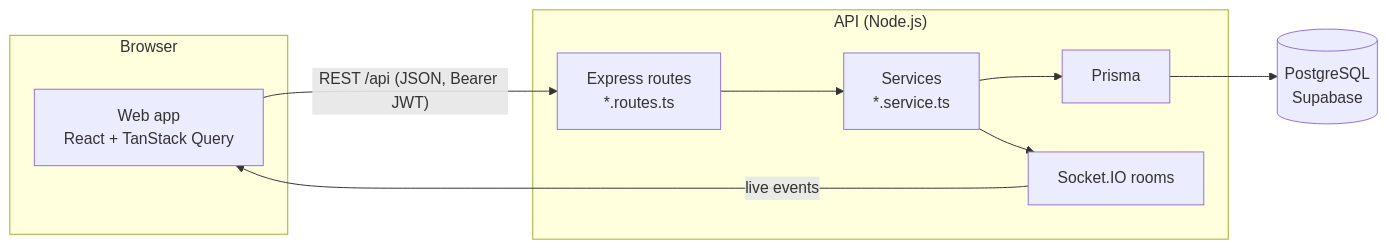
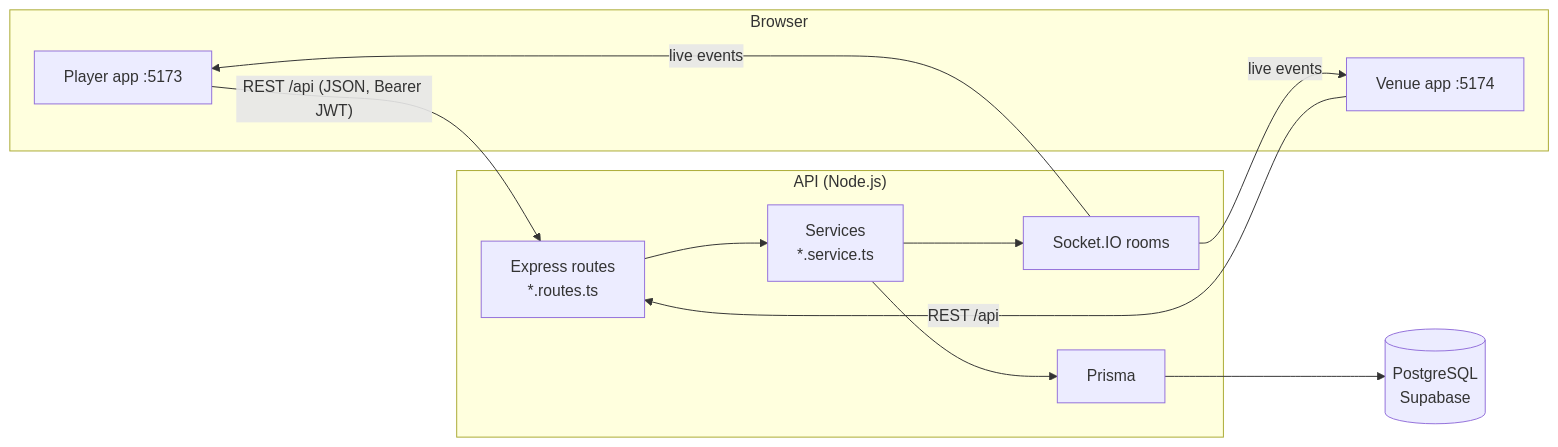
The diagram in docs/architecture.md (Dominic-Ronquillo/Pickl-App), drawn with Mermaid before and after one commit. The commit also changed other lines of this file and 12 other files, not shown here.

First line of the commit message:
docs: document the player and venue apps and shared packages

````diff
--- a/docs/architecture.md
+++ b/docs/architecture.md
@@ -5,15 +5,18 @@
 ```mermaid
 flowchart LR
   subgraph Browser
-    W["Web app<br/>React + TanStack Query"]
+    W["Player app :5173"]
+    V["Venue app :5174"]
   end
   subgraph Server["API (Node.js)"]
     R["Express routes<br/>*.routes.ts"] --> S["Services<br/>*.service.ts"]
     S --> P[Prisma]
     S --> RT["Socket.IO rooms"]
   end
   DB[("PostgreSQL<br/>Supabase")]
   W -- "REST /api (JSON, Bearer JWT)" --> R
+  V -- "REST /api" --> R
   RT -- "live events" --> W
+  RT -- "live events" --> V
   P --> DB
 ```
````
